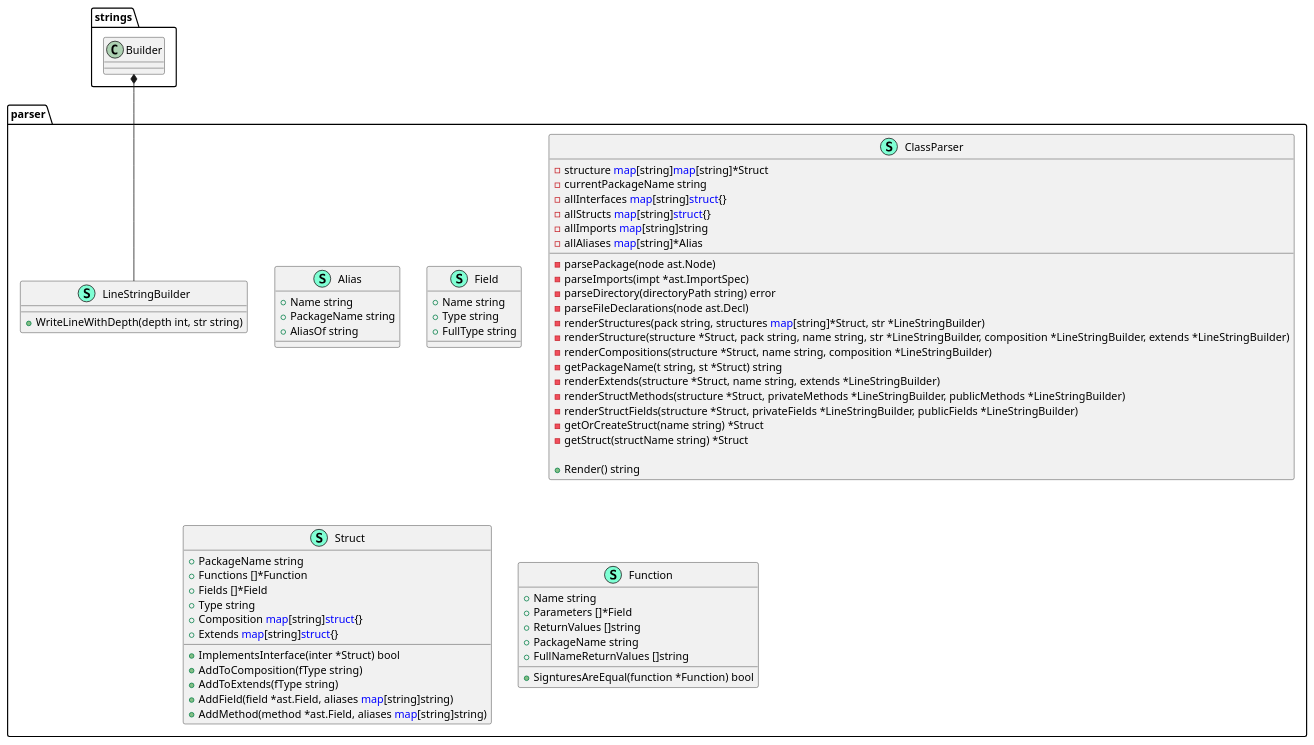
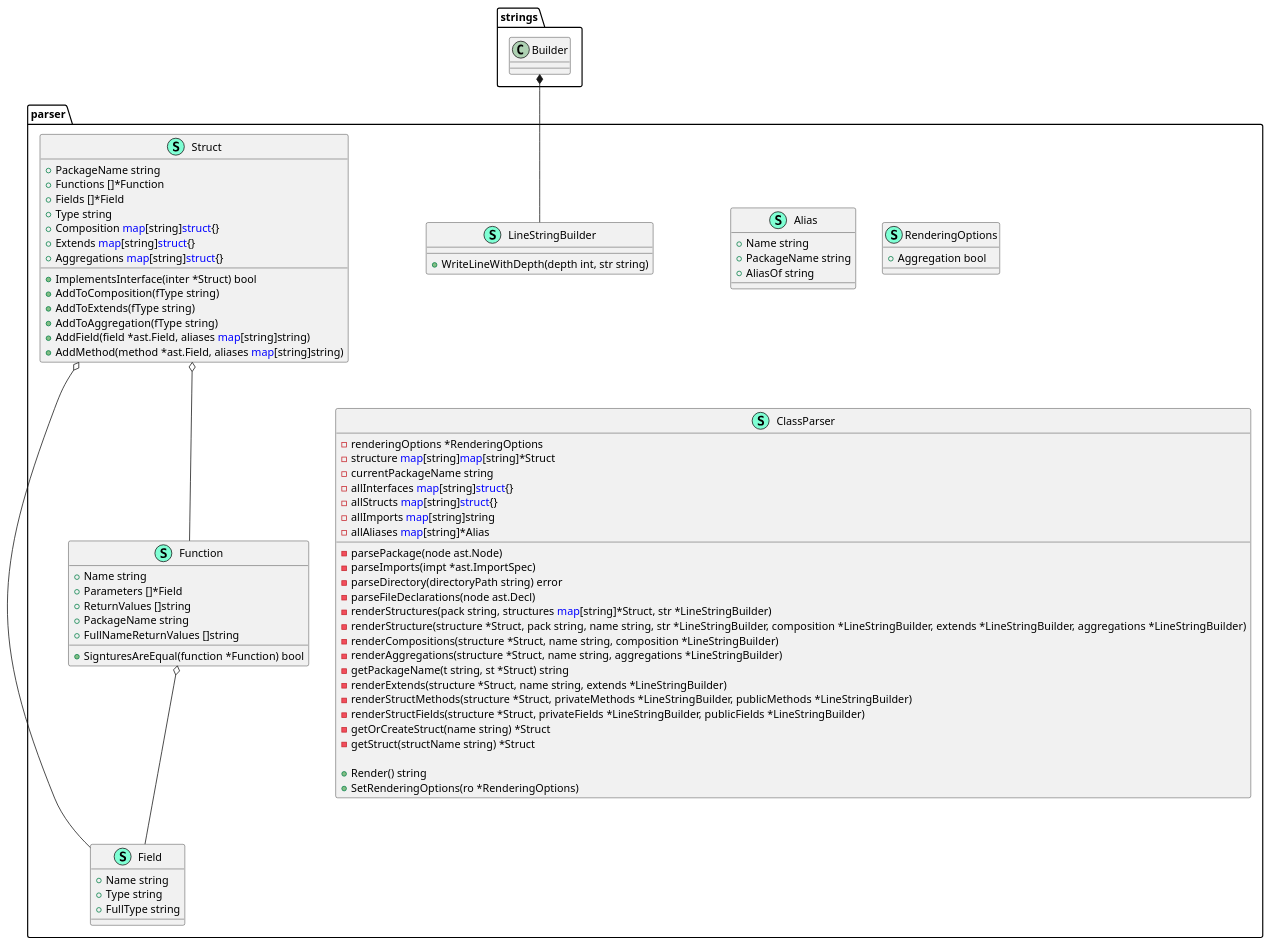
Before and after one commit to thgoexpt/PlantUML-Class-Diagram-Generator-for-golang-projects: the diagram in ClassDiagram.puml, drawn with PlantUML. The commit also changed 1 other file, not shown here.

Commit message:
updated ClassDiagram and Readme

```diff
--- a/ClassDiagram.puml
+++ b/ClassDiagram.puml
@@ -1,73 +1,86 @@
 @startuml
 namespace parser {
     class Alias << (S,Aquamarine) >> {
         + Name string
         + PackageName string
         + AliasOf string
 
     }
     class Field << (S,Aquamarine) >> {
         + Name string
         + Type string
         + FullType string
 
     }
     class LineStringBuilder << (S,Aquamarine) >> {
         + WriteLineWithDepth(depth int, str string) 
 
     }
+    class RenderingOptions << (S,Aquamarine) >> {
+        + Aggregation bool
+
+    }
     class ClassParser << (S,Aquamarine) >> {
+        - renderingOptions *RenderingOptions
         - structure <font color=blue>map</font>[string]<font color=blue>map</font>[string]*Struct
         - currentPackageName string
         - allInterfaces <font color=blue>map</font>[string]<font color=blue>struct</font>{}
         - allStructs <font color=blue>map</font>[string]<font color=blue>struct</font>{}
         - allImports <font color=blue>map</font>[string]string
         - allAliases <font color=blue>map</font>[string]*Alias
 
         - parsePackage(node ast.Node) 
         - parseImports(impt *ast.ImportSpec) 
         - parseDirectory(directoryPath string) error
         - parseFileDeclarations(node ast.Decl) 
         - renderStructures(pack string, structures <font color=blue>map</font>[string]*Struct, str *LineStringBuilder) 
-        - renderStructure(structure *Struct, pack string, name string, str *LineStringBuilder, composition *LineStringBuilder, extends *LineStringBuilder) 
+        - renderStructure(structure *Struct, pack string, name string, str *LineStringBuilder, composition *LineStringBuilder, extends *LineStringBuilder, aggregations *LineStringBuilder) 
         - renderCompositions(structure *Struct, name string, composition *LineStringBuilder) 
+        - renderAggregations(structure *Struct, name string, aggregations *LineStringBuilder) 
         - getPackageName(t string, st *Struct) string
         - renderExtends(structure *Struct, name string, extends *LineStringBuilder) 
         - renderStructMethods(structure *Struct, privateMethods *LineStringBuilder, publicMethods *LineStringBuilder) 
         - renderStructFields(structure *Struct, privateFields *LineStringBuilder, publicFields *LineStringBuilder) 
         - getOrCreateStruct(name string) *Struct
         - getStruct(structName string) *Struct
 
         + Render() string
-
-    }
-    class Struct << (S,Aquamarine) >> {
-        + PackageName string
-        + Functions []*Function
-        + Fields []*Field
-        + Type string
-        + Composition <font color=blue>map</font>[string]<font color=blue>struct</font>{}
-        + Extends <font color=blue>map</font>[string]<font color=blue>struct</font>{}
-
-        + ImplementsInterface(inter *Struct) bool
-        + AddToComposition(fType string) 
-        + AddToExtends(fType string) 
-        + AddField(field *ast.Field, aliases <font color=blue>map</font>[string]string) 
-        + AddMethod(method *ast.Field, aliases <font color=blue>map</font>[string]string) 
+        + SetRenderingOptions(ro *RenderingOptions) 
 
     }
     class Function << (S,Aquamarine) >> {
         + Name string
         + Parameters []*Field
         + ReturnValues []string
         + PackageName string
         + FullNameReturnValues []string
 
         + SignturesAreEqual(function *Function) bool
 
     }
+    class Struct << (S,Aquamarine) >> {
+        + PackageName string
+        + Functions []*Function
+        + Fields []*Field
+        + Type string
+        + Composition <font color=blue>map</font>[string]<font color=blue>struct</font>{}
+        + Extends <font color=blue>map</font>[string]<font color=blue>struct</font>{}
+        + Aggregations <font color=blue>map</font>[string]<font color=blue>struct</font>{}
+
+        + ImplementsInterface(inter *Struct) bool
+        + AddToComposition(fType string) 
+        + AddToExtends(fType string) 
+        + AddToAggregation(fType string) 
+        + AddField(field *ast.Field, aliases <font color=blue>map</font>[string]string) 
+        + AddMethod(method *ast.Field, aliases <font color=blue>map</font>[string]string) 
+
+    }
 }
 strings.Builder *-- parser.LineStringBuilder
 
 
+parser.Function o-- parser.Field
+parser.Struct o-- parser.Function
+parser.Struct o-- parser.Field
+
 @enduml
```
